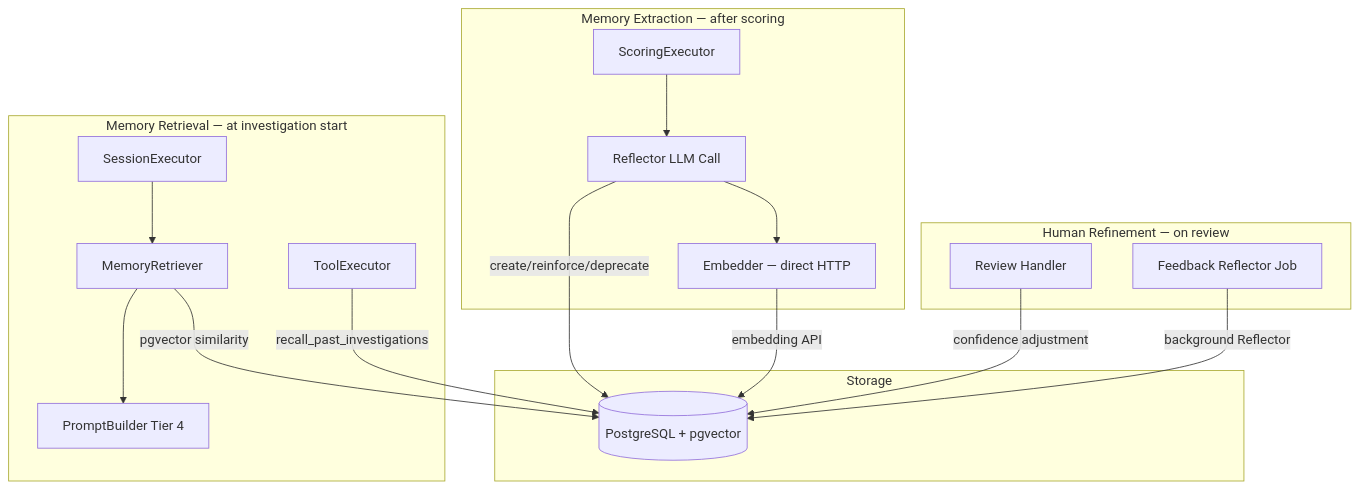
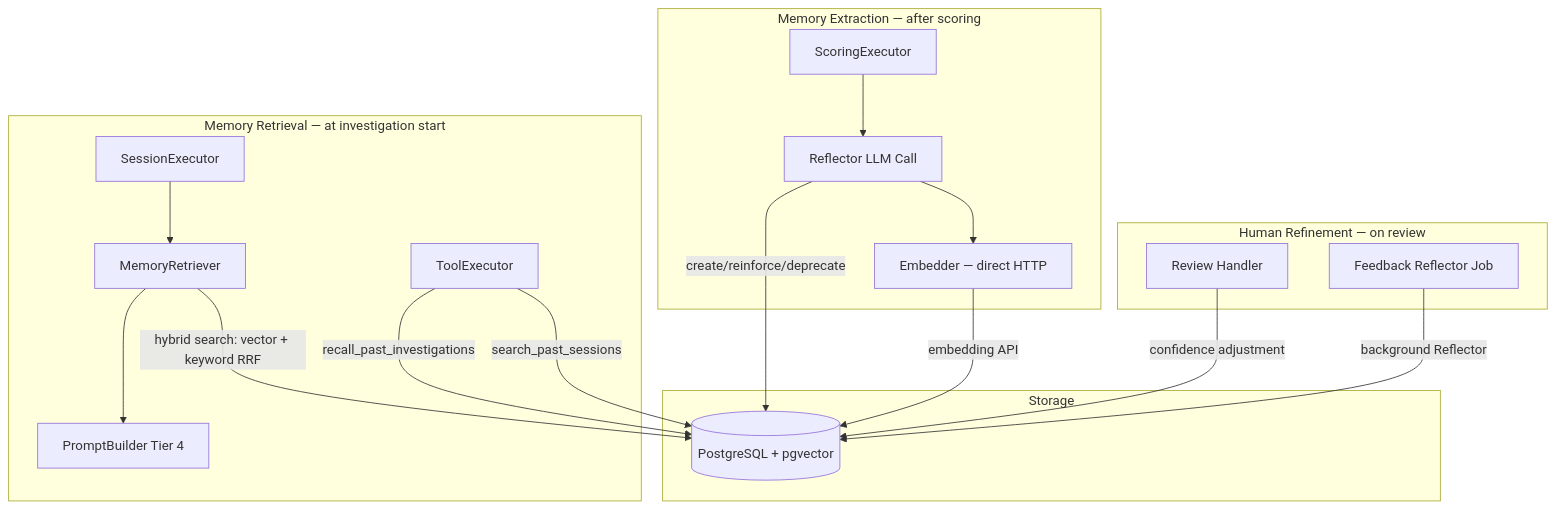
The ninth of 10 diagrams in docs/functional-areas-design.md (codeready-toolchain/tarsy), drawn with Mermaid before and after one commit. The commit also changed other lines of this file and 4 other files, not shown here.

````diff
--- a/docs/functional-areas-design.md
+++ b/docs/functional-areas-design.md
@@ -1190,37 +1190,38 @@
 ```mermaid
 graph TB
     subgraph extraction [Memory Extraction — after scoring]
         ScoringExec[ScoringExecutor]
         Reflector[Reflector LLM Call]
         Embedder[Embedder — direct HTTP]
     end
 
     subgraph storage [Storage]
         DB[(PostgreSQL + pgvector)]
     end
 
     subgraph retrieval [Memory Retrieval — at investigation start]
         SessionExec[SessionExecutor]
         Retriever[MemoryRetriever]
         PromptBuilder[PromptBuilder Tier 4]
         ToolExec[ToolExecutor]
     end
 
     subgraph refinement [Human Refinement — on review]
         ReviewHandler[Review Handler]
         FeedbackJob[Feedback Reflector Job]
     end
 
     ScoringExec --> Reflector
     Reflector -->|create/reinforce/deprecate| DB
     Reflector --> Embedder
     Embedder -->|embedding API| DB
 
     SessionExec --> Retriever
-    Retriever -->|pgvector similarity| DB
+    Retriever -->|hybrid search: vector + keyword RRF| DB
     Retriever --> PromptBuilder
     ToolExec -->|recall_past_investigations| DB
+    ToolExec -->|search_past_sessions| DB
 
     ReviewHandler -->|confidence adjustment| DB
     FeedbackJob -->|background Reflector| DB
 ```
````
